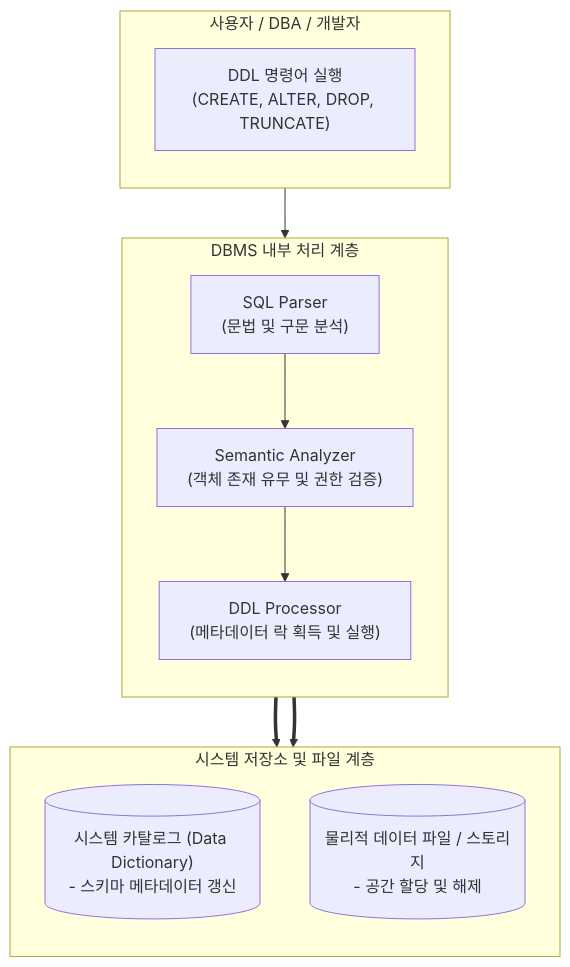
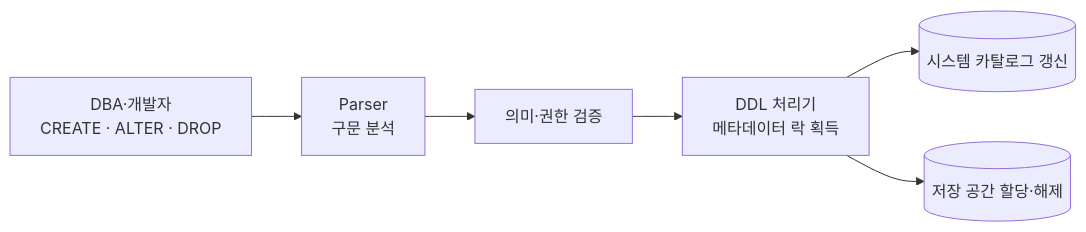
Before and after one commit to supremethumb/supremethumb.github.io: the diagram in content/01_IT Tech/DDL.md, drawn with Mermaid. The commit also changed other lines of this file and 1087 other files, not shown here.

````diff
--- a/content/01_IT Tech/DDL.md
+++ b/content/01_IT Tech/DDL.md
@@ -31,28 +35,8 @@
 ```mermaid
-flowchart TD
-    subgraph User ["사용자 / DBA / 개발자"]
-        direction TB
-        DDLCmd["DDL 명령어 실행<br/>(CREATE, ALTER, DROP, TRUNCATE)"]
-    end
-
-    subgraph DBMS_Engine ["DBMS 내부 처리 계층"]
-        direction TB
-        Parser["SQL Parser<br/>(문법 및 구문 분석)"]
-        Semantic["Semantic Analyzer<br/>(객체 존재 유무 및 권한 검증)"]
-        DDLEngine["DDL Processor<br/>(메타데이터 락 획득 및 실행)"]
-        
-        Parser --> Semantic --> DDLEngine
-    end
-
-    subgraph Storage_Catalog ["시스템 저장소 및 파일 계층"]
-        direction TB
-        Catalog[("시스템 카탈로그 (Data Dictionary)<br/>- 스키마 메타데이터 갱신")]
-        DataFile[("물리적 데이터 파일 / 스토리지<br/>- 공간 할당 및 해제")]
-        
-        DDLEngine ==> Catalog
-        DDLEngine ==> DataFile
-    end
-
-    DDLCmd --> Parser
-
+flowchart LR
+    U["DBA·개발자<br/>CREATE · ALTER · DROP"] --> P["Parser<br/>구문 분석"]
+    P --> S["의미·권한 검증"]
+    S --> E["DDL 처리기<br/>메타데이터 락 획득"]
+    E --> C[("시스템 카탈로그 갱신")]
+    E --> F[("저장 공간 할당·해제")]
 ```
````
